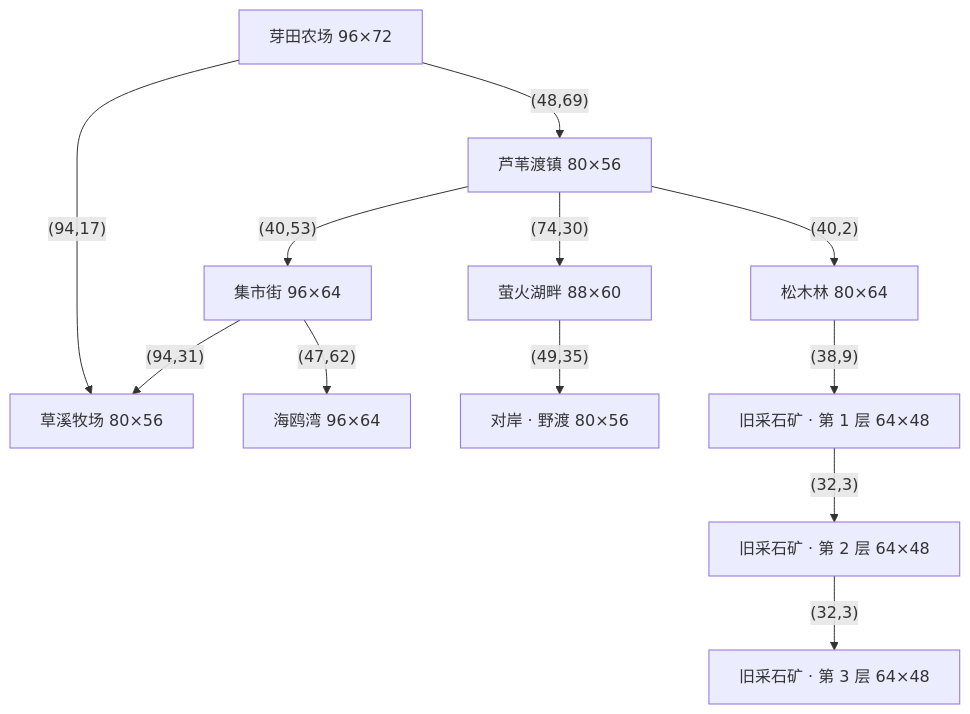
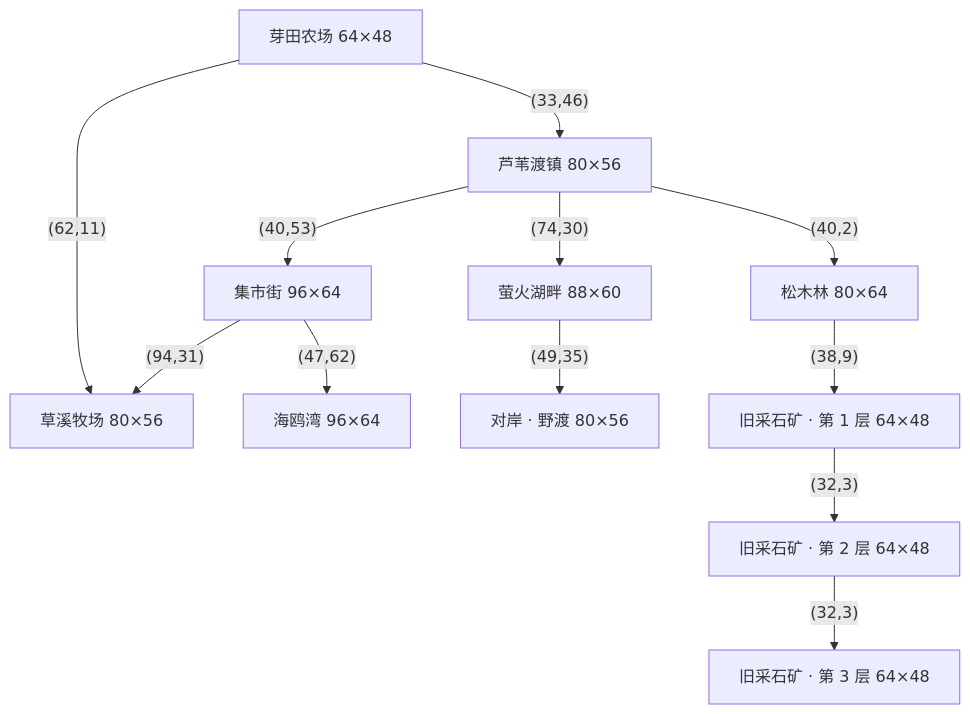
Before and after one commit to Skywang16/gamedemo: the diagram in docs/design/09-world-map.md, drawn with Mermaid. The commit also changed other lines of this file and 54 other files, not shown here.

````diff
--- a/docs/design/09-world-map.md
+++ b/docs/design/09-world-map.md
@@ -9,25 +9,25 @@
 ```mermaid
 graph TD
-  home_farm["芽田农场 96×72"]
+  home_farm["芽田农场 64×48"]
   town["芦苇渡镇 80×56"]
   market["集市街 96×64"]
   ranch["草溪牧场 80×56"]
   seaside["海鸥湾 96×64"]
   forest["松木林 80×64"]
   lake["萤火湖畔 88×60"]
   far_shore["对岸 · 野渡 80×56"]
   mine_1["旧采石矿 · 第 1 层 64×48"]
   mine_2["旧采石矿 · 第 2 层 64×48"]
   mine_3["旧采石矿 · 第 3 层 64×48"]
-  home_farm -- "(48,69)" --> town
-  home_farm -- "(94,17)" --> ranch
+  home_farm -- "(33,46)" --> town
+  home_farm -- "(62,11)" --> ranch
   town -- "(74,30)" --> lake
   town -- "(40,2)" --> forest
   town -- "(40,53)" --> market
   market -- "(94,31)" --> ranch
   market -- "(47,62)" --> seaside
   forest -- "(38,9)" --> mine_1
   lake -- "(49,35)" --> far_shore
   mine_1 -- "(32,3)" --> mine_2
   mine_2 -- "(32,3)" --> mine_3
 ```
````
